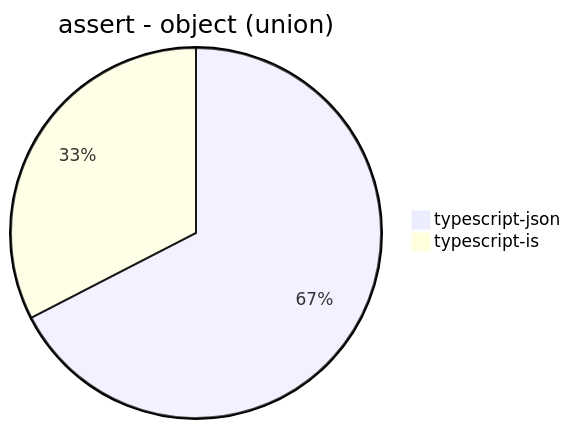
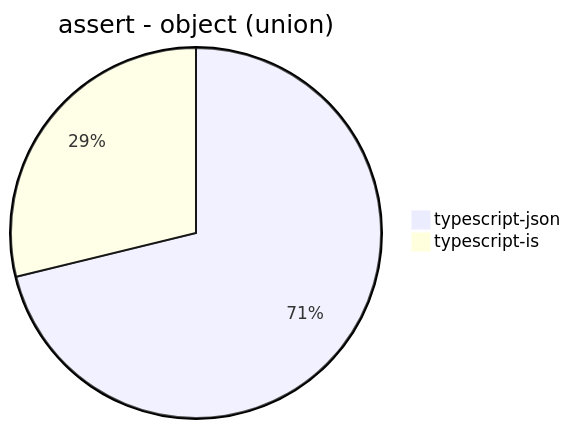
Before and after one commit to samchon/typia: the third of 30 diagrams in benchmark/results/AMD Ryzen 7 5800H with Radeon Graphics         .md, drawn with Mermaid. The commit also changed other lines of this file, not shown here.

````diff
--- a/benchmark/results/AMD Ryzen 7 5800H with Radeon Graphics         .md
+++ b/benchmark/results/AMD Ryzen 7 5800H with Radeon Graphics         .md
@@ -31,5 +31,5 @@
 ```mermaid
 pie title assert - object (union)
-  "typescript-json": 4856.237180682453
-  "typescript-is": 2344.896841336498
+  "typescript-json": 5049.419140697031
+  "typescript-is": 2042.7397260273974
 ```
````
